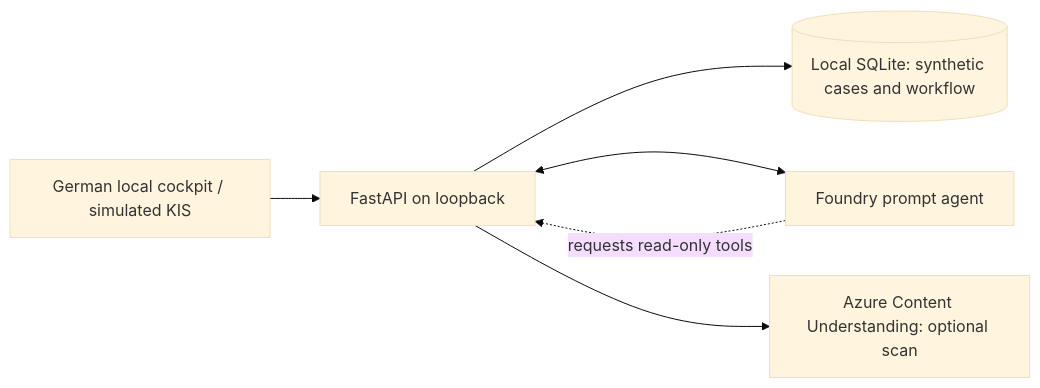
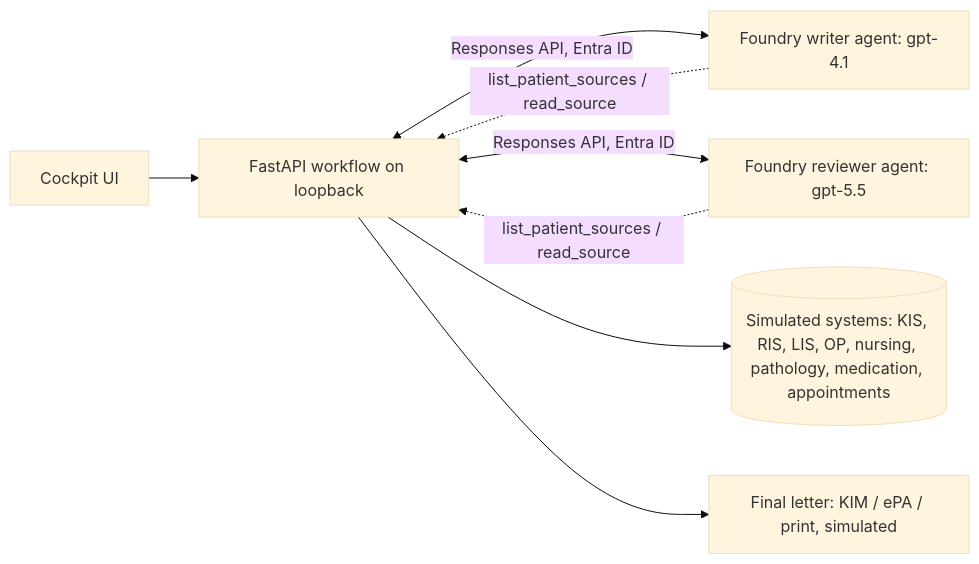
One commit to beyondelastic/healthcare-agent-demos changed the first of 3 diagrams in docs/ARCHITECTURE.md. Above: the diagram before and after it, drawn with Mermaid (base theme). The commit also changed other lines of this file and 87 other files, not shown here.

First line of the commit message:
Replace clinical cockpit with agent cockpit; align voice letter with Arztbrief

````diff
--- a/docs/ARCHITECTURE.md
+++ b/docs/ARCHITECTURE.md
@@ -5,8 +5,10 @@
 ```mermaid
 flowchart LR
-    U[German local cockpit / simulated KIS] --> A[FastAPI on loopback]
-    A --> S[(Local SQLite: synthetic cases and workflow)]
-    A <--> F[Foundry prompt agent]
-    A --> C[Azure Content Understanding: optional scan]
-    F -. requests read-only tools .-> A
+    U[Cockpit UI] --> A[FastAPI workflow on loopback]
+    A <-->|Responses API, Entra ID| W[Foundry writer agent: gpt-4.1]
+    A <-->|Responses API, Entra ID| R[Foundry reviewer agent: gpt-5.5]
+    W -. list_patient_sources / read_source .-> A
+    R -. list_patient_sources / read_source .-> A
+    A --> S[(Simulated systems: KIS, RIS, LIS, OP, nursing, pathology, medication, appointments)]
+    A --> O[Final letter: KIM / ePA / print, simulated]
 ```
````
